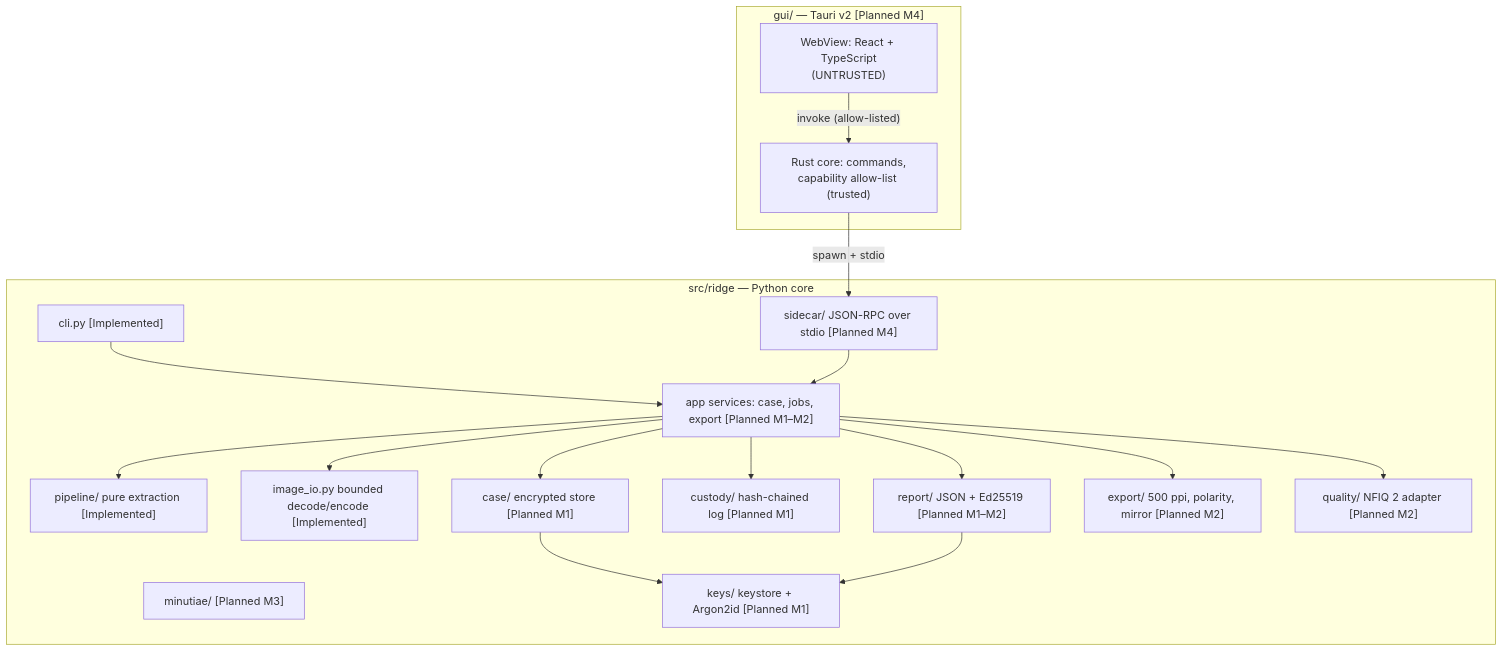
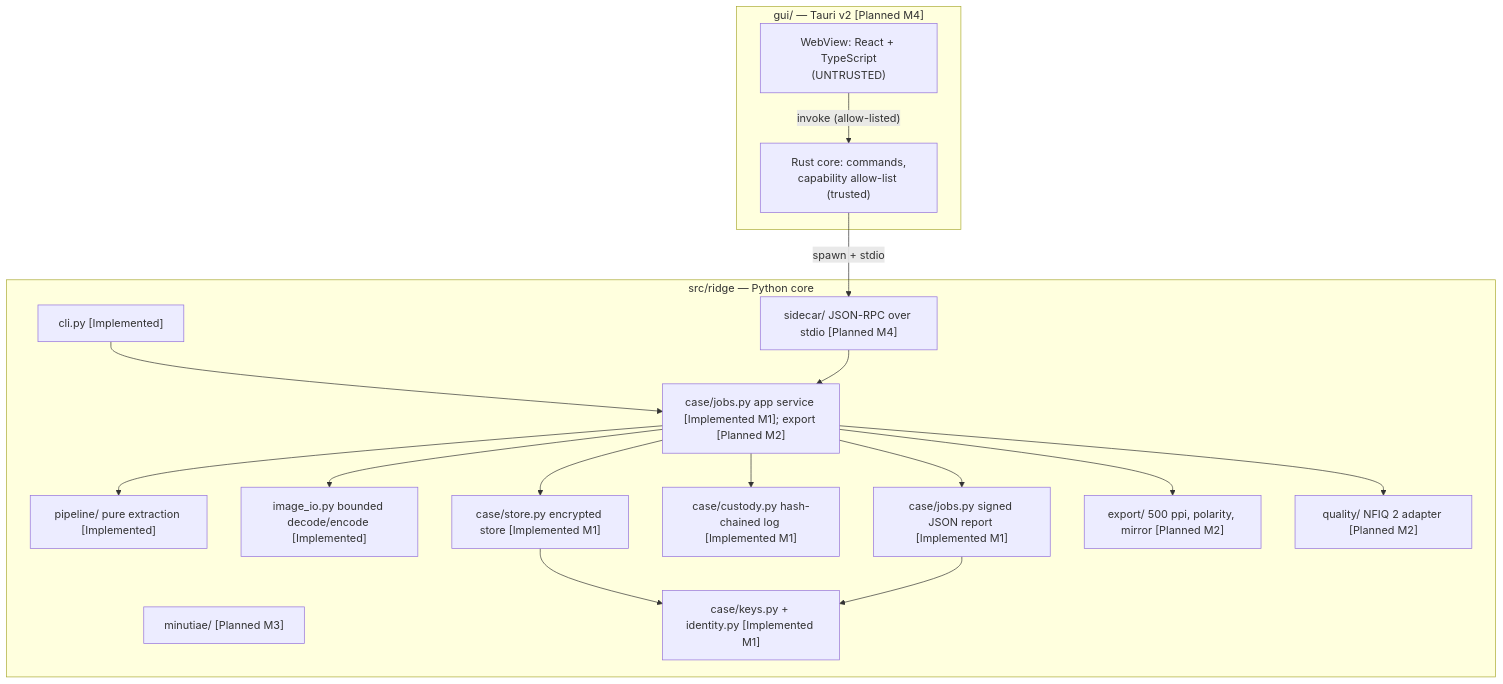
Before and after one commit to ZvonkoNS/Ridge: the second of 4 diagrams in docs/architecture.md, drawn with Mermaid. The commit also changed other lines of this file and 27 other files, not shown here.

First line of the commit message:
M1: encrypted case store, custody log, signed jobs and ridge-case CLI

````diff
--- a/docs/architecture.md
+++ b/docs/architecture.md
@@ -68,34 +68,34 @@
 ```mermaid
 flowchart TB
   subgraph GUI["gui/ — Tauri v2 [Planned M4]"]
     WV["WebView: React + TypeScript<br/>(UNTRUSTED)"]
     RC["Rust core: commands,<br/>capability allow-list (trusted)"]
   end
   subgraph PY["src/ridge — Python core"]
     CLI["cli.py [Implemented]"]
     SC["sidecar/ JSON-RPC over stdio [Planned M4]"]
-    APP["app services: case, jobs, export [Planned M1–M2]"]
+    APP["case/jobs.py app service [Implemented M1]; export [Planned M2]"]
     PIPE["pipeline/ pure extraction [Implemented]"]
     IO["image_io.py bounded decode/encode [Implemented]"]
-    CASE["case/ encrypted store [Planned M1]"]
-    CUST["custody/ hash-chained log [Planned M1]"]
-    REP["report/ JSON + Ed25519 [Planned M1–M2]"]
+    CASE["case/store.py encrypted store [Implemented M1]"]
+    CUST["case/custody.py hash-chained log [Implemented M1]"]
+    REP["case/jobs.py signed JSON report [Implemented M1]"]
     EXP["export/ 500 ppi, polarity, mirror [Planned M2]"]
     QLT["quality/ NFIQ 2 adapter [Planned M2]"]
     MIN["minutiae/ [Planned M3]"]
-    KEY["keys/ keystore + Argon2id [Planned M1]"]
+    KEY["case/keys.py + identity.py [Implemented M1]"]
   end
   WV -- "invoke (allow-listed)" --> RC
   RC -- "spawn + stdio" --> SC
   CLI --> APP
   SC --> APP
   APP --> PIPE
   APP --> IO
   APP --> CASE
   APP --> CUST
   APP --> REP
   APP --> EXP
   APP --> QLT
   CASE --> KEY
   REP --> KEY
 ```
````
